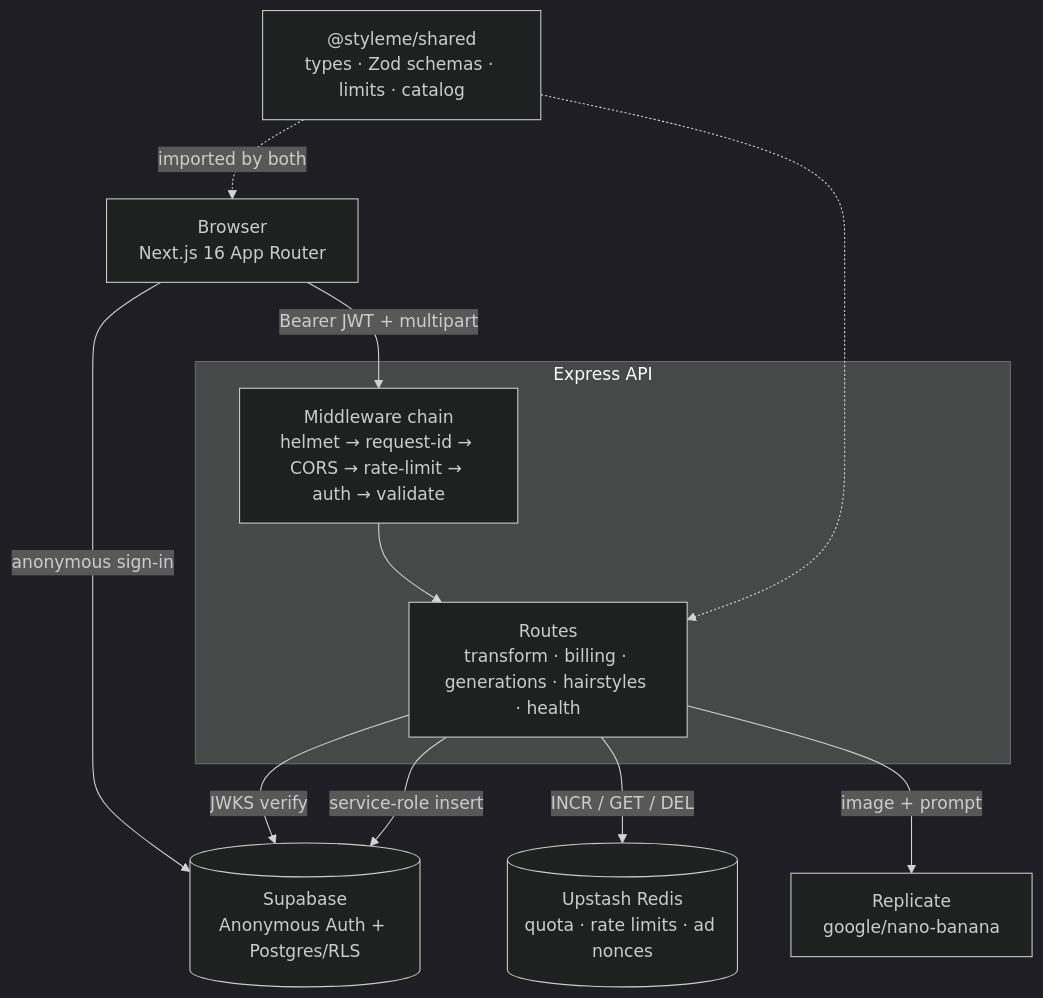
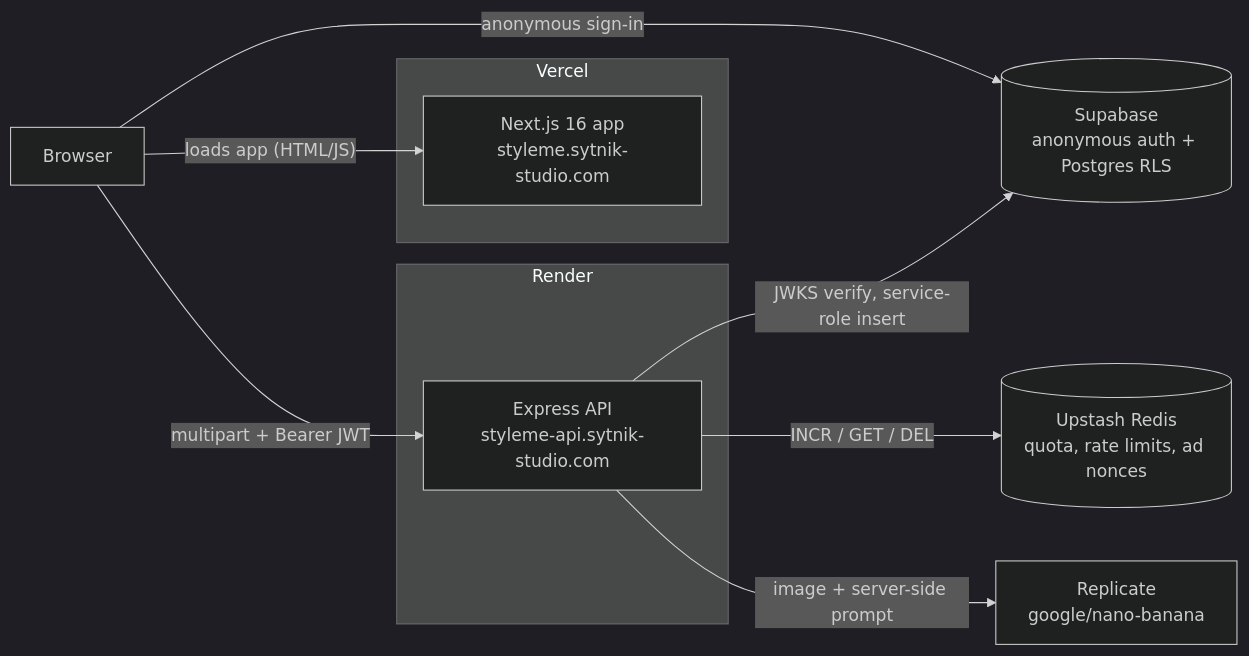
One commit to IvanSytnik/styleme changed the diagram in README.md. Above: the diagram before and after it, drawn with Mermaid (dark theme). The commit also changed other lines of this file and 1 other file, not shown here.

````diff
--- a/README.md
+++ b/README.md
@@ -56,25 +28,23 @@
 ```mermaid
-flowchart TB
-    Browser["Browser<br/>Next.js 16 App Router"]
+flowchart LR
+    Browser["Browser"]
 
-    subgraph API["Express API"]
-        MW["Middleware chain<br/>helmet → request-id → CORS → rate-limit → auth → validate"]
-        Routes["Routes<br/>transform · billing · generations · hairstyles · health"]
+    subgraph Vercel["Vercel"]
+        Web["Next.js 16 app<br/>styleme.sytnik-studio.com"]
     end
 
-    Supabase[("Supabase<br/>Anonymous Auth + Postgres/RLS")]
-    Redis[("Upstash Redis<br/>quota · rate limits · ad nonces")]
+    subgraph Render["Render"]
+        API["Express API<br/>styleme-api.sytnik-studio.com"]
+    end
+
+    Supabase[("Supabase<br/>anonymous auth + Postgres RLS")]
+    Redis[("Upstash Redis<br/>quota, rate limits, ad nonces")]
     Replicate["Replicate<br/>google/nano-banana"]
-    Shared["@styleme/shared<br/>types · Zod schemas · limits · catalog"]
 
+    Browser -->|"loads app (HTML/JS)"| Web
     Browser -->|"anonymous sign-in"| Supabase
-    Browser -->|"Bearer JWT + multipart"| MW
-    MW --> Routes
-    Routes -->|"JWKS verify"| Supabase
-    Routes -->|"INCR / GET / DEL"| Redis
-    Routes -->|"image + prompt"| Replicate
-    Routes -->|"service-role insert"| Supabase
-
-    Shared -.->|"imported by both"| Browser
-    Shared -.-> Routes
+    Browser -->|"multipart + Bearer JWT"| API
+    API -->|"JWKS verify, service-role insert"| Supabase
+    API -->|"INCR / GET / DEL"| Redis
+    API -->|"image + server-side prompt"| Replicate
 ```
````
